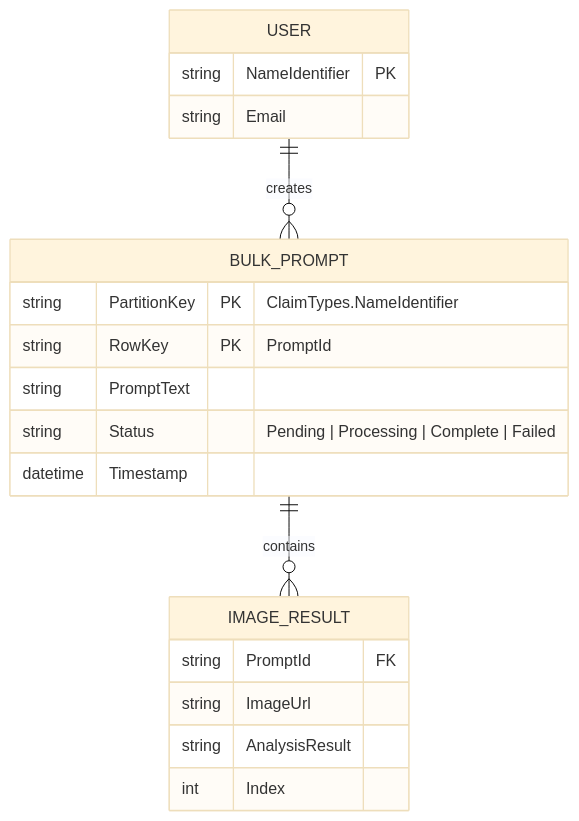
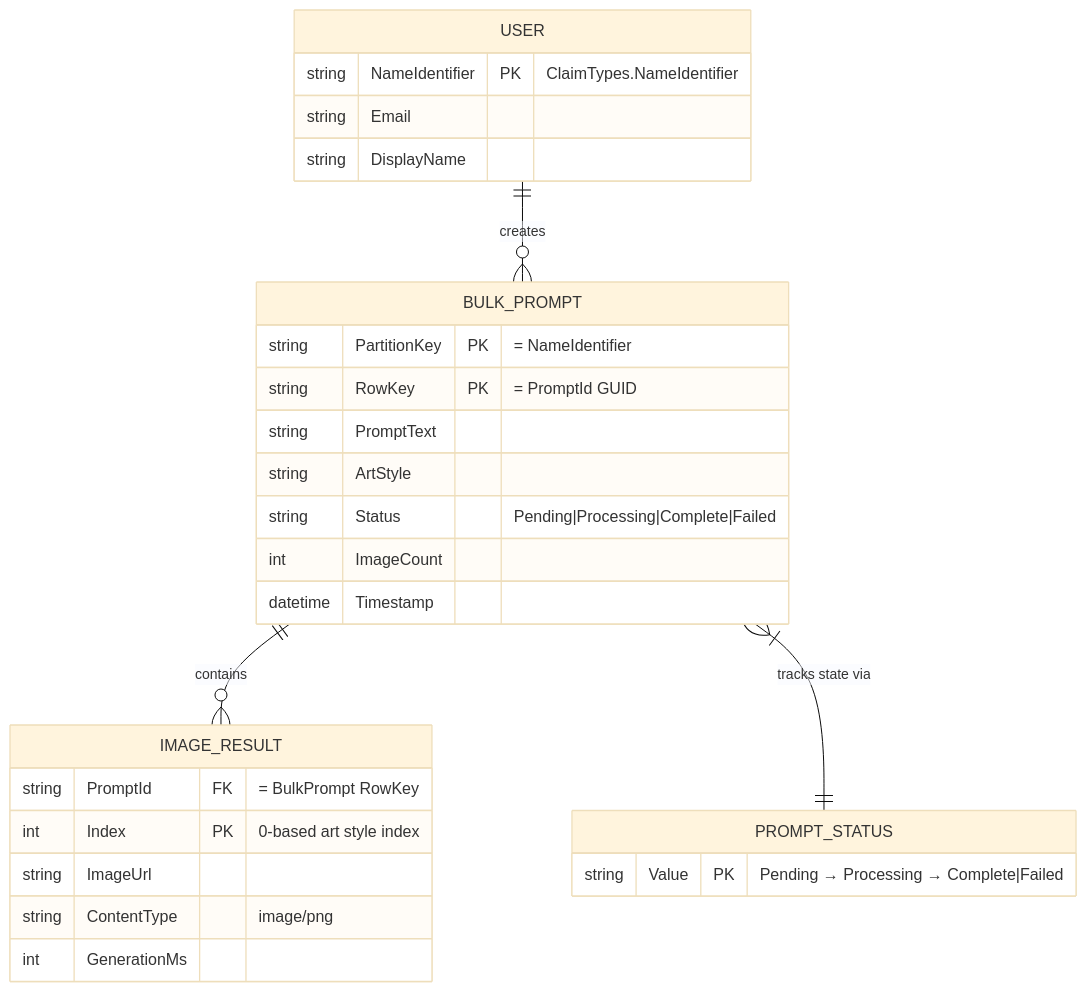
Before and after one commit to punkouter26/PoRedoImage: the diagram in docs/DataModel.mmd, drawn with Mermaid (base theme). The commit also changed 85 other files, not shown here.

```diff
--- a/docs/DataModel.mmd
+++ b/docs/DataModel.mmd
@@ -1,20 +1,32 @@
 erDiagram
-    USER ||--o{ BULK_PROMPT : creates
+    USER ||--o{ BULK_PROMPT : "creates"
+    BULK_PROMPT ||--o{ IMAGE_RESULT : "contains"
+    BULK_PROMPT }|--|| PROMPT_STATUS : "tracks state via"
+
     USER {
-        string NameIdentifier PK
+        string NameIdentifier PK "ClaimTypes.NameIdentifier"
         string Email
+        string DisplayName
     }
+
     BULK_PROMPT {
-        string PartitionKey PK "ClaimTypes.NameIdentifier"
-        string RowKey PK "PromptId"
+        string PartitionKey PK "= NameIdentifier"
+        string RowKey PK "= PromptId GUID"
         string PromptText
-        string Status "Pending | Processing | Complete | Failed"
+        string ArtStyle
+        string Status "Pending|Processing|Complete|Failed"
+        int ImageCount
         datetime Timestamp
     }
+
     IMAGE_RESULT {
-        string PromptId FK
+        string PromptId FK "= BulkPrompt RowKey"
+        int Index PK "0-based art style index"
         string ImageUrl
-        string AnalysisResult
-        int Index
+        string ContentType "image/png"
+        int GenerationMs
     }
-    BULK_PROMPT ||--o{ IMAGE_RESULT : contains
+
+    PROMPT_STATUS {
+        string Value PK "Pending → Processing → Complete|Failed"
+    }
```
